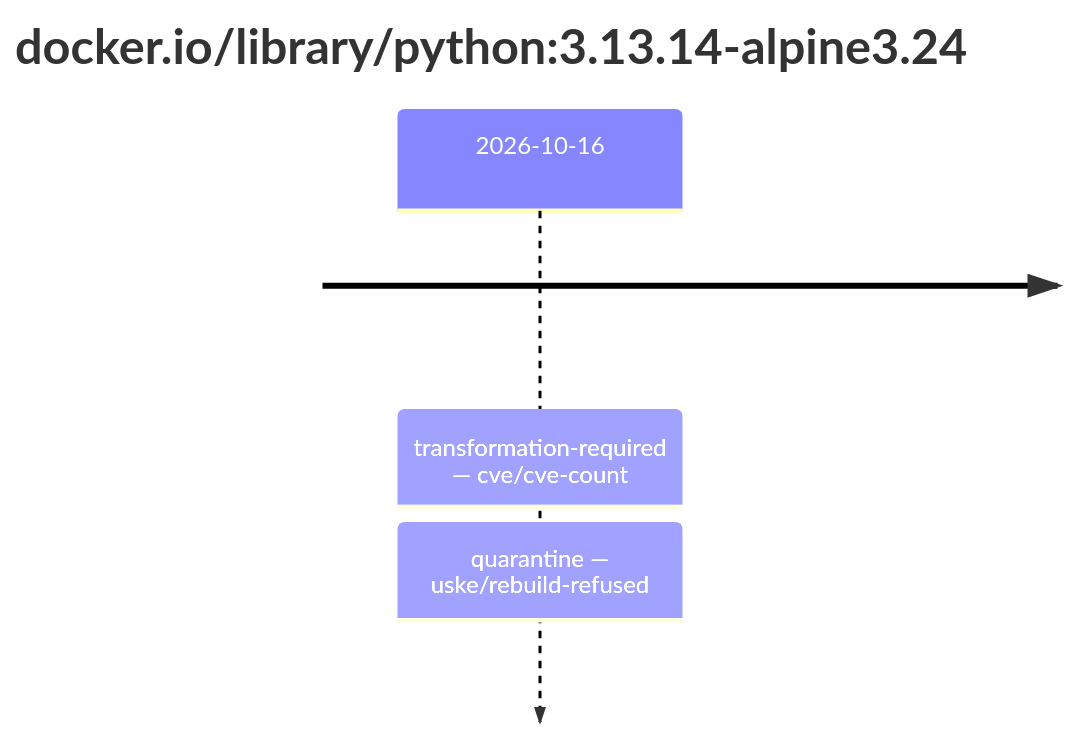
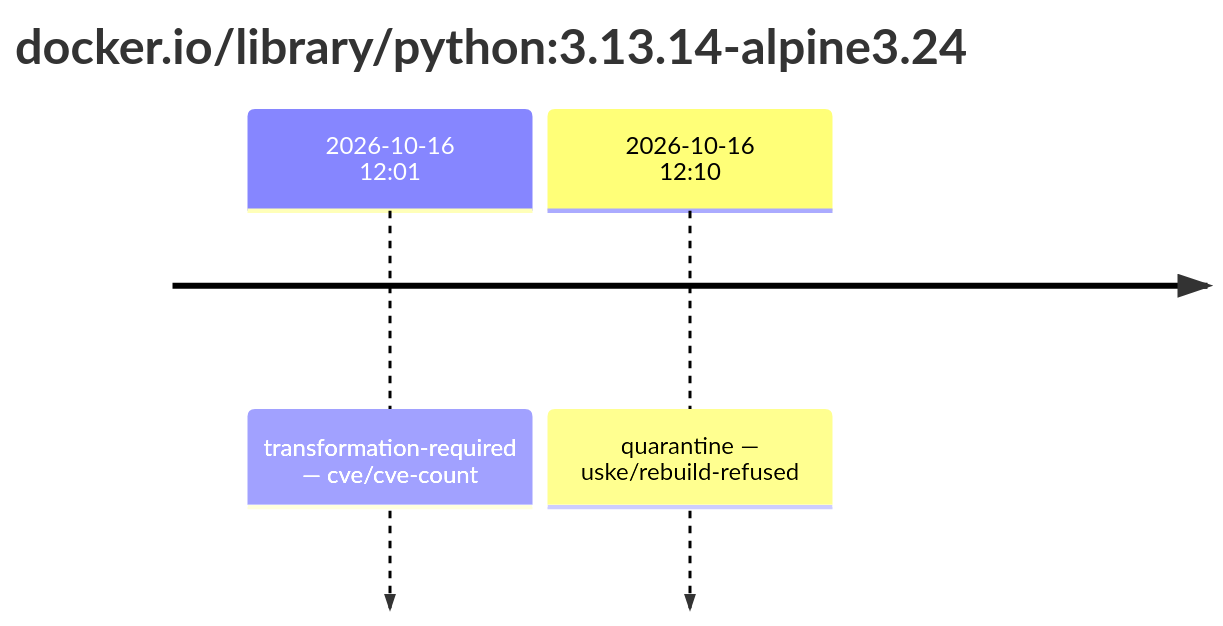
One commit to trivoallan/base-images changed the first of 2 diagrams in results/reports/base-python-3/sha256:b8e1d7303166e4ea56b3bf1e5bfd16efa416668f34b26cbb36be10477e8233d1.md. Above: the diagram before and after it, drawn with Mermaid. The commit also changed other lines of this file and 12 other files, not shown here.

````diff
--- a/results/reports/base-python-3/sha256:b8e1d7303166e4ea56b3bf1e5bfd16efa416668f34b26cbb36be10477e8233d1.md
+++ b/results/reports/base-python-3/sha256:b8e1d7303166e4ea56b3bf1e5bfd16efa416668f34b26cbb36be10477e8233d1.md
@@ -5,5 +5,6 @@
 ```mermaid
 timeline
     title docker.io/library/python#58;3.13.14-alpine3.24
-    2026-10-16 : transformation-required — cve/cve-count : quarantine — uske/rebuild-refused
+    2026-10-16 12#58;01 : transformation-required — cve/cve-count
+    2026-10-16 12#58;10 : quarantine — uske/rebuild-refused
 ```
````
